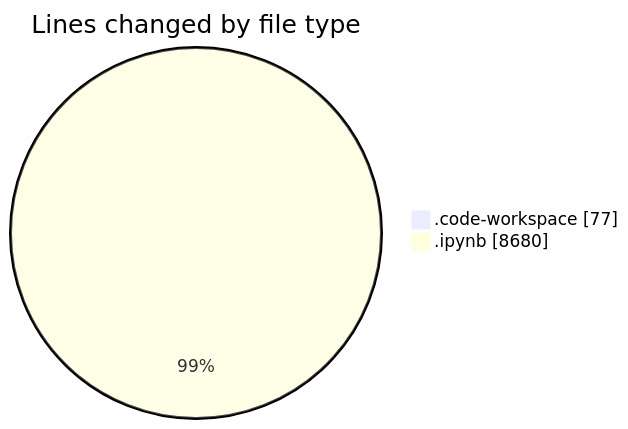
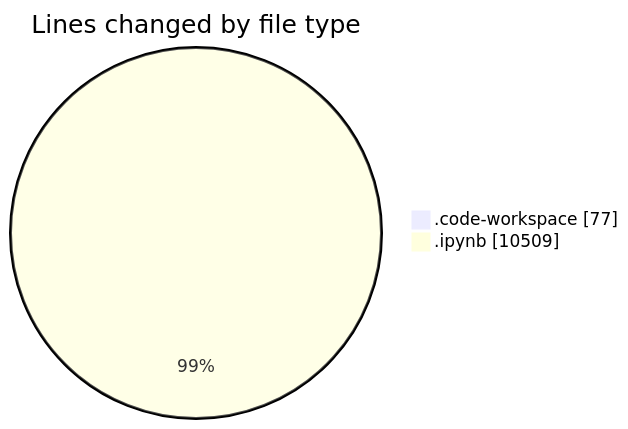
The first of 2 diagrams in 2025-03-14/myws__workspace_/README.md (MatusMokan/code-tracking), drawn with Mermaid before and after one commit. The commit also changed other lines of this file and 1 other file, not shown here.

````diff
--- a/2025-03-14/myws__workspace_/README.md
+++ b/2025-03-14/myws__workspace_/README.md
@@ -21,6 +21,6 @@
 ```mermaid
 pie showData
 title Lines changed by file type
 ".code-workspace" : 77
-".ipynb" : 8680
+".ipynb" : 10509
 ```
````
